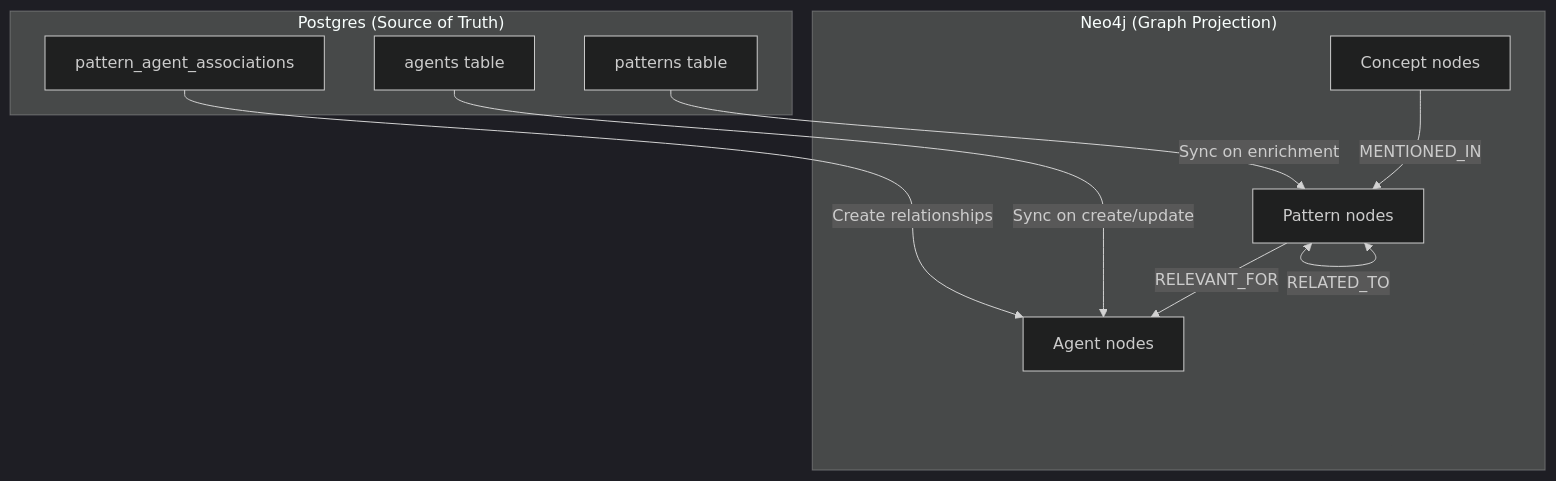
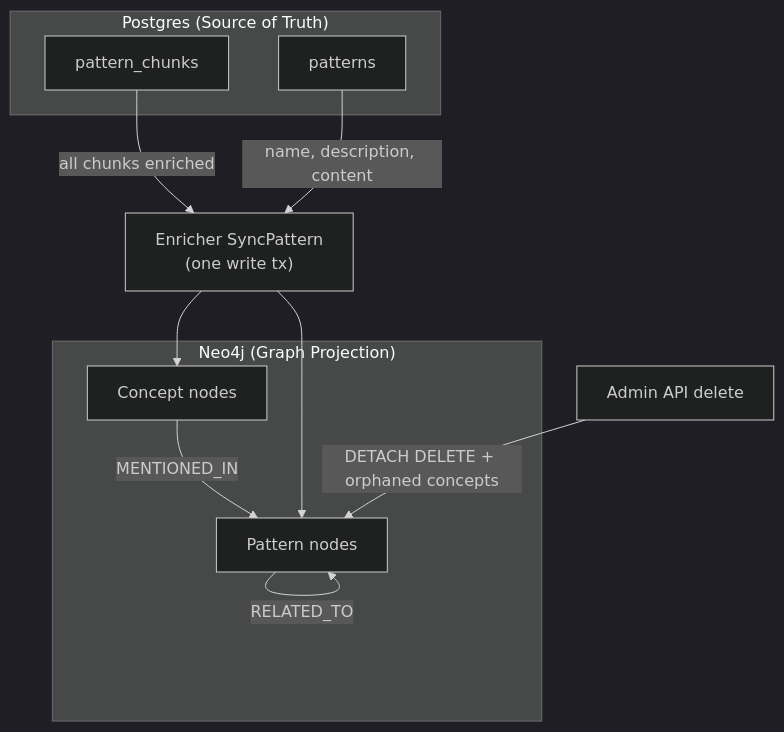
Before and after one commit to twistingmercury/mnemonic-docs: the fourth of 8 diagrams in docs/architecture/system/04-data-architecture.md, drawn with Mermaid (dark theme). The commit also changed other lines of this file and 41 other files, not shown here.

````diff
--- a/docs/architecture/system/04-data-architecture.md
+++ b/docs/architecture/system/04-data-architecture.md
@@ -448,21 +392,20 @@
 ```mermaid
 flowchart TD
-    subgraph "Postgres (Source of Truth)"
-        PG_AGENT[agents table]
-        PG_PATTERN[patterns table]
-        PG_ASSOC[pattern_agent_associations]
+    subgraph PGS["Postgres (Source of Truth)"]
+        PG_PATTERN[patterns]
+        PG_CHUNKS[pattern_chunks]
     end
 
-    subgraph "Neo4j (Graph Projection)"
-        NEO_AGENT[Agent nodes]
+    subgraph NEOS["Neo4j (Graph Projection)"]
         NEO_PATTERN[Pattern nodes]
         NEO_CONCEPT[Concept nodes]
-        NEO_PATTERN -->|"RELEVANT_FOR"| NEO_AGENT
         NEO_CONCEPT -->|"MENTIONED_IN"| NEO_PATTERN
-        NEO_PATTERN <-->|"RELATED_TO"| NEO_PATTERN
+        NEO_PATTERN -->|"RELATED_TO"| NEO_PATTERN
     end
 
-    PG_AGENT -->|"Sync on create/update"| NEO_AGENT
-    PG_PATTERN -->|"Sync on enrichment"| NEO_PATTERN
-    PG_ASSOC -->|"Create relationships"| NEO_AGENT
+    PG_CHUNKS -->|"all chunks enriched"| ENR["Enricher SyncPattern<br/>(one write tx)"]
+    PG_PATTERN -->|"name, description, content"| ENR
+    ENR --> NEO_PATTERN
+    ENR --> NEO_CONCEPT
+    API["Admin API delete"] -->|"DETACH DELETE + orphaned concepts"| NEO_PATTERN
 ```
````
